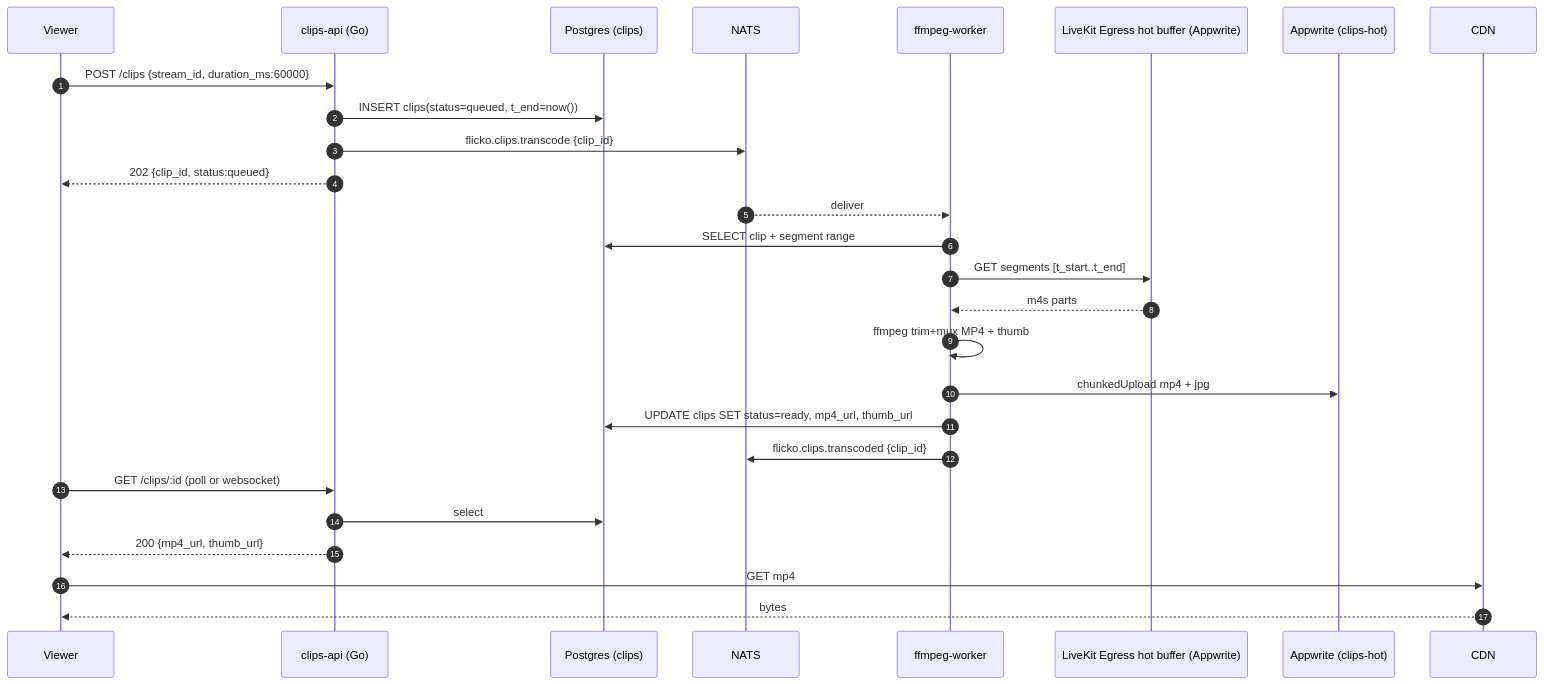
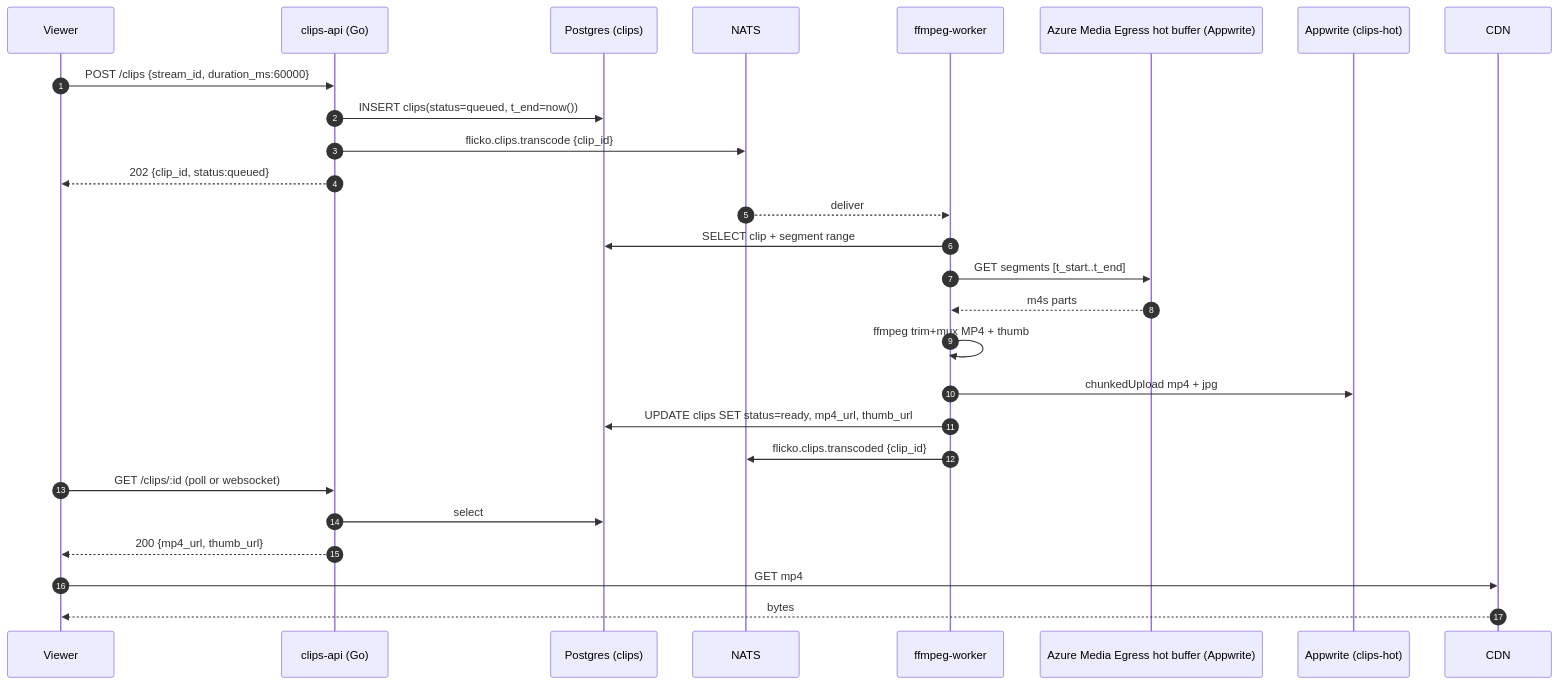
Before and after one commit to Santosh-Prasad-Verma/Flicko: the first of 3 diagrams in missing-features/11-streaming/clips-system/APPFLOW.md, drawn with Mermaid. The commit also changed 225 other files, not shown here.

Commit message:
feat: eliminate legacy LiveKit references, align with Azure ACS VoIP stack, and prune docs (#84)

````diff
--- a/missing-features/11-streaming/clips-system/APPFLOW.md
+++ b/missing-features/11-streaming/clips-system/APPFLOW.md
@@ -5,32 +5,32 @@
 ```mermaid
 sequenceDiagram
     autonumber
     participant Viewer
     participant API as clips-api (Go)
     participant DB as Postgres (clips)
     participant NATS
     participant Worker as ffmpeg-worker
-    participant Buf as LiveKit Egress hot buffer (Appwrite)
+    participant Buf as Azure Media Egress hot buffer (Appwrite)
     participant AW as Appwrite (clips-hot)
     participant CDN
 
     Viewer->>API: POST /clips {stream_id, duration_ms:60000}
     API->>DB: INSERT clips(status=queued, t_end=now())
     API->>NATS: flicko.clips.transcode {clip_id}
     API-->>Viewer: 202 {clip_id, status:queued}
 
     NATS-->>Worker: deliver
     Worker->>DB: SELECT clip + segment range
     Worker->>Buf: GET segments [t_start..t_end]
     Buf-->>Worker: m4s parts
     Worker->>Worker: ffmpeg trim+mux MP4 + thumb
     Worker->>AW: chunkedUpload mp4 + jpg
     Worker->>DB: UPDATE clips SET status=ready, mp4_url, thumb_url
     Worker->>NATS: flicko.clips.transcoded {clip_id}
 
     Viewer->>API: GET /clips/:id (poll or websocket)
     API->>DB: select
     API-->>Viewer: 200 {mp4_url, thumb_url}
     Viewer->>CDN: GET mp4
     CDN-->>Viewer: bytes
 ```
````
